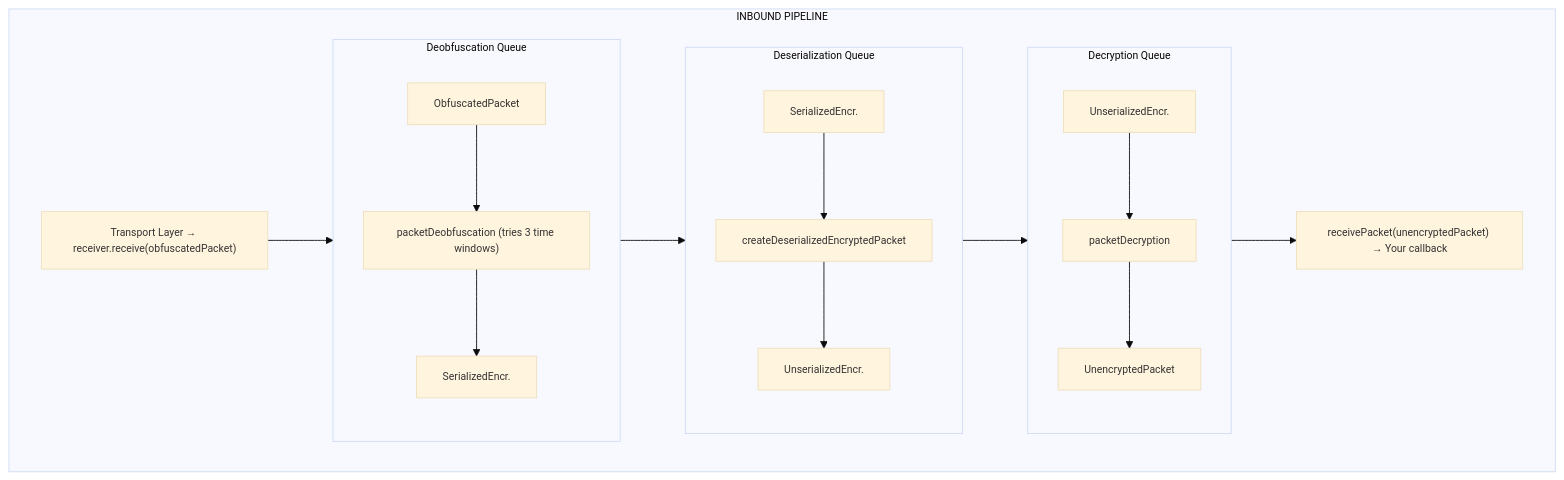
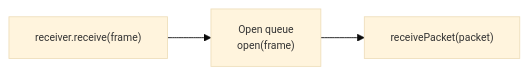
Before and after one commit to AndrewRedican/hyperfrontend: the diagram in libs/network-protocol/src/lib/receiver/README.md, drawn with Mermaid. The commit also changed other lines of this file and 28 other files, not shown here.

````diff
--- a/libs/network-protocol/src/lib/receiver/README.md
+++ b/libs/network-protocol/src/lib/receiver/README.md
@@ -145,40 +95,11 @@
 ```mermaid
 ---
 config:
   theme: base
   themeVariables:
     fontSize: 12px
 ---
-flowchart TB
-    subgraph InboundPipeline["INBOUND PIPELINE"]
-        Transport["Transport Layer → receiver.receive(obfuscatedPacket)"]
-
-        subgraph DeobfQueue["Deobfuscation Queue"]
-            Deobf1["ObfuscatedPacket"]
-            DeobfAction["packetDeobfuscation (tries 3 time windows)"]
-            Deobf2["SerializedEncr."]
-            Deobf1 --> DeobfAction --> Deobf2
-        end
-
-        subgraph DeserQueue["Deserialization Queue"]
-            Deser1["SerializedEncr."]
-            DeserAction["createDeserializedEncryptedPacket"]
-            Deser2["UnserializedEncr."]
-            Deser1 --> DeserAction --> Deser2
-        end
-
-        subgraph DecQueue["Decryption Queue"]
-            Dec1["UnserializedEncr."]
-            DecAction["packetDecryption"]
-            Dec2["UnencryptedPacket"]
-            Dec1 --> DecAction --> Dec2
-        end
-
-        Callback["receivePacket(unencryptedPacket) → Your callback"]
-
-        Transport --> DeobfQueue
-        DeobfQueue --> DeserQueue
-        DeserQueue --> DecQueue
-        DecQueue --> Callback
-    end
+flowchart LR
+    Transport["receiver.receive(frame)"] --> Queue["Open queue<br/>open(frame)"]
+    Queue --> Deliver["receivePacket(packet)"]
 ```
````
